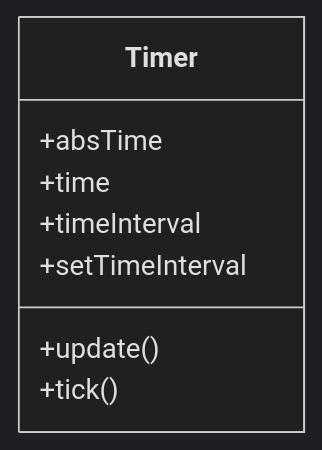
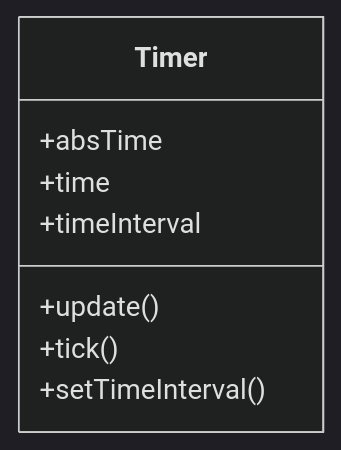
The second of 10 diagrams in README.md (DeVEy1107/Ecosystem-simulation), drawn with Mermaid (dark theme) before and after one commit. The commit also changed 1 other file, not shown here.

````diff
--- a/README.md
+++ b/README.md
@@ -74,14 +74,14 @@
 ```mermaid
 classDiagram
 
 class Timer{
   +absTime
   +time
   +timeInterval
 
   +update()
   +tick()
-  +setTimeInterval
+  +setTimeInterval()
 }
 
 ```
````
